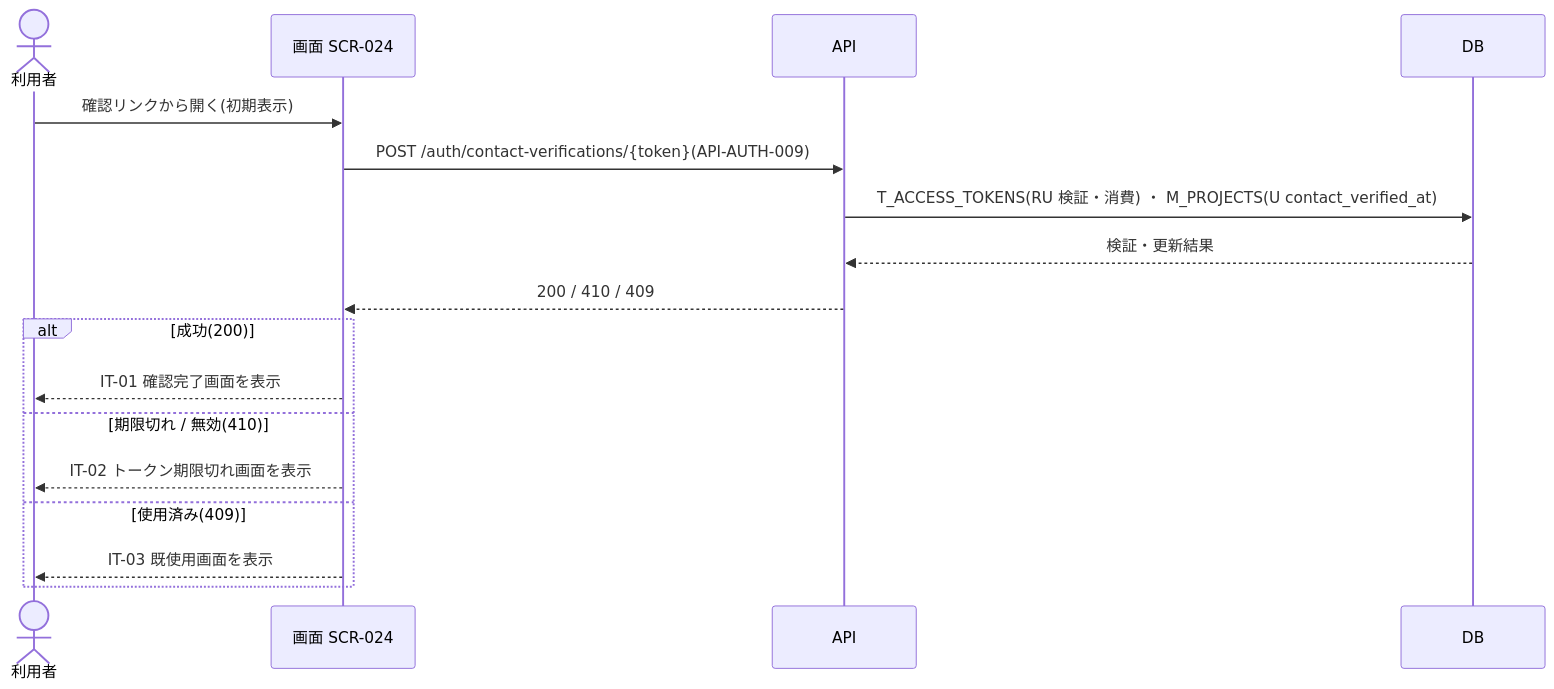
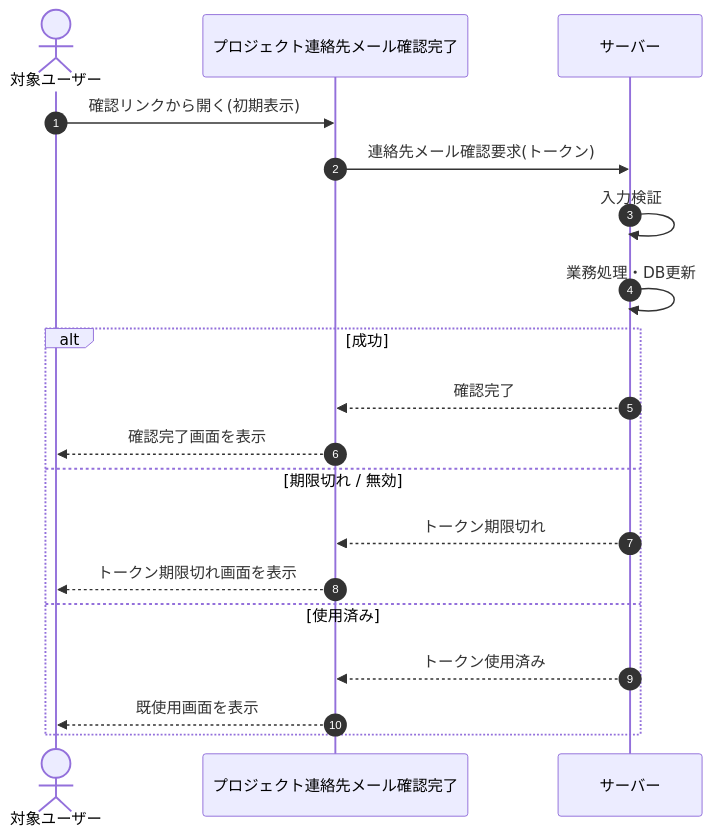
One commit to sikakou54/open-faq changed the diagram in 02_basic_design/05_sequences/SEQ-075.md. Above: the diagram before and after it, drawn with Mermaid. The commit also changed other lines of this file and 108 other files, not shown here.

First line of the commit message:
基本設計: シーケンス図を基本設計粒度(ユーザー/画面/サーバー)へ再編成

````diff
--- a/02_basic_design/05_sequences/SEQ-075.md
+++ b/02_basic_design/05_sequences/SEQ-075.md
@@ -25,19 +32,21 @@
 ```mermaid
 sequenceDiagram
-  actor U as 利用者
-  participant S as 画面 SCR-024
-  participant API as API
-  participant DB as DB
-  U->>S: 確認リンクから開く(初期表示)
-  S->>API: POST /auth/contact-verifications/{token}(API-AUTH-009)
-  API->>DB: T_ACCESS_TOKENS(RU 検証・消費) ・ M_PROJECTS(U contact_verified_at)
-  DB-->>API: 検証・更新結果
-  API-->>S: 200 / 410 / 409
-  alt 成功(200)
-    S-->>U: IT-01 確認完了画面を表示
-  else 期限切れ / 無効(410)
-    S-->>U: IT-02 トークン期限切れ画面を表示
-  else 使用済み(409)
-    S-->>U: IT-03 既使用画面を表示
+  autonumber
+  actor U as 対象ユーザー
+  participant Screen as プロジェクト連絡先メール確認完了
+  participant Server as サーバー
+  U->>Screen: 確認リンクから開く(初期表示)
+  Screen->>Server: 連絡先メール確認要求(トークン)
+  Server->>Server: 入力検証
+  Server->>Server: 業務処理・DB更新
+  alt 成功
+    Server-->>Screen: 確認完了
+    Screen-->>U: 確認完了画面を表示
+  else 期限切れ / 無効
+    Server-->>Screen: トークン期限切れ
+    Screen-->>U: トークン期限切れ画面を表示
+  else 使用済み
+    Server-->>Screen: トークン使用済み
+    Screen-->>U: 既使用画面を表示
   end
 ```
````
